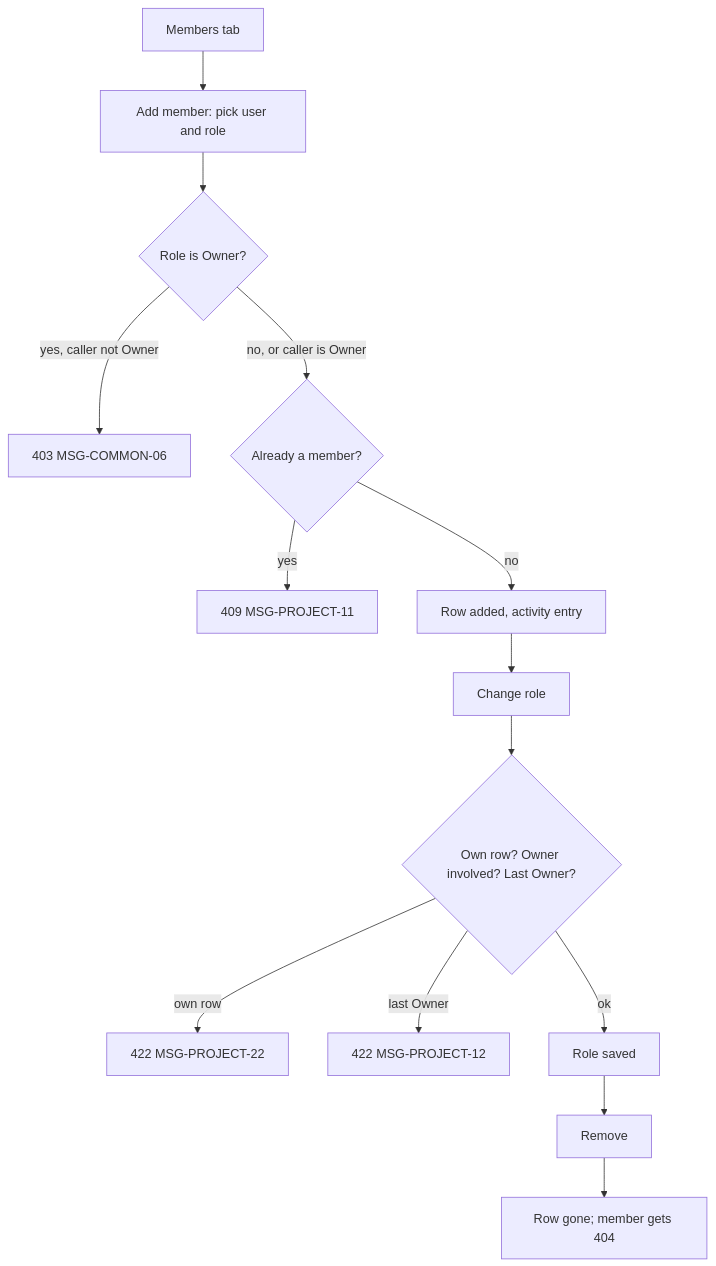
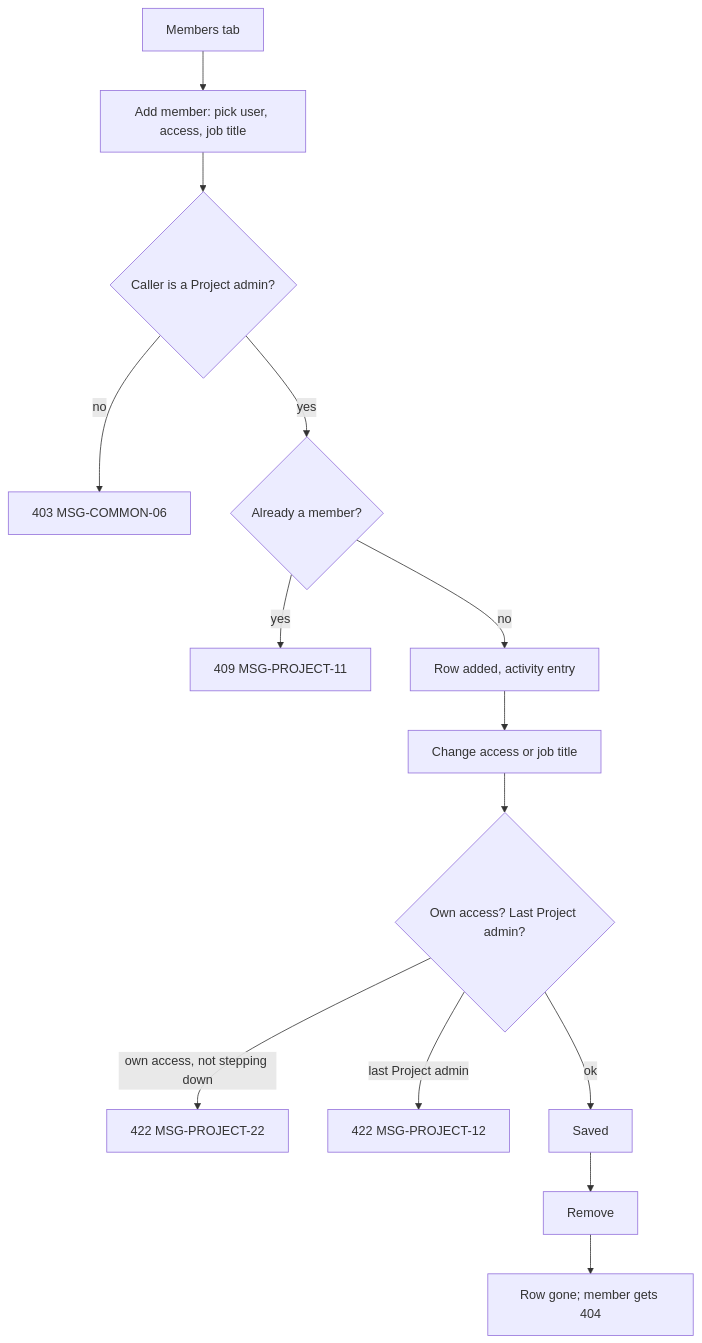
One commit to RITA-CHANN/qa-work-management changed the diagram in docs/design/basic/flows/FLW-PROJECT-02-manage-members.md. Above: the diagram before and after it, drawn with Mermaid. The commit also changed other lines of this file and 59 other files, not shown here.

First line of the commit message:
docs: role model v2 (Project admin / Member + job title), ADR-0011

````diff
--- a/docs/design/basic/flows/FLW-PROJECT-02-manage-members.md
+++ b/docs/design/basic/flows/FLW-PROJECT-02-manage-members.md
@@ -60,14 +63,14 @@
 ```mermaid
 flowchart TD
-    A[Members tab] --> B[Add member: pick user and role]
-    B --> C{Role is Owner?}
-    C -- yes, caller not Owner --> X[403 MSG-COMMON-06]
-    C -- no, or caller is Owner --> D{Already a member?}
+    A[Members tab] --> B[Add member: pick user, access, job title]
+    B --> C{Caller is a Project admin?}
+    C -- no --> X[403 MSG-COMMON-06]
+    C -- yes --> D{Already a member?}
     D -- yes --> Y[409 MSG-PROJECT-11]
     D -- no --> E[Row added, activity entry]
-    E --> F[Change role]
-    F --> G{Own row? Owner involved? Last Owner?}
-    G -- own row --> Z1[422 MSG-PROJECT-22]
-    G -- last Owner --> Z2[422 MSG-PROJECT-12]
-    G -- ok --> H[Role saved] --> I[Remove] --> J[Row gone; member gets 404]
+    E --> F[Change access or job title]
+    F --> G{Own access? Last Project admin?}
+    G -- own access, not stepping down --> Z1[422 MSG-PROJECT-22]
+    G -- last Project admin --> Z2[422 MSG-PROJECT-12]
+    G -- ok --> H[Saved] --> I[Remove] --> J[Row gone; member gets 404]
 ```
````
